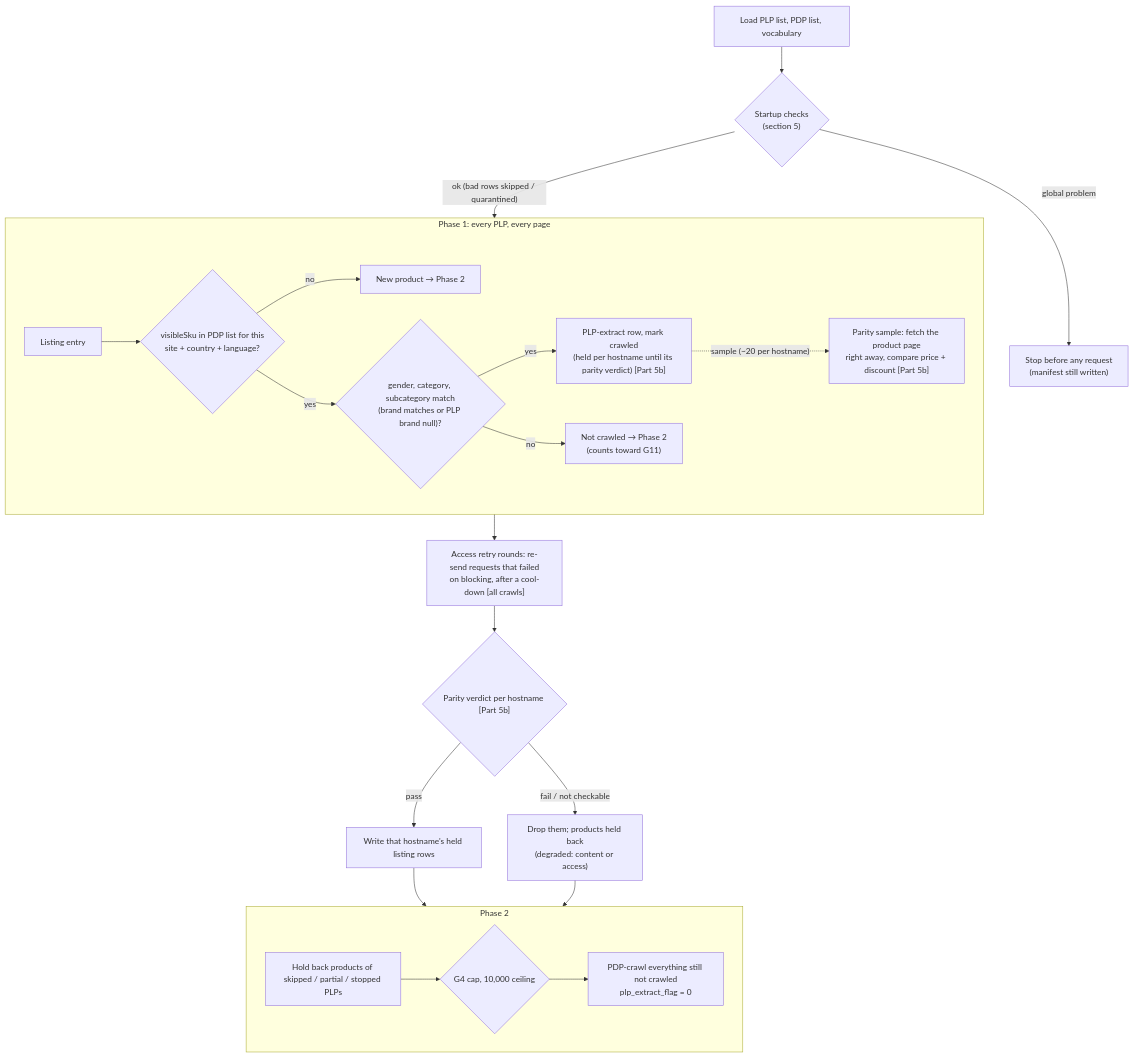
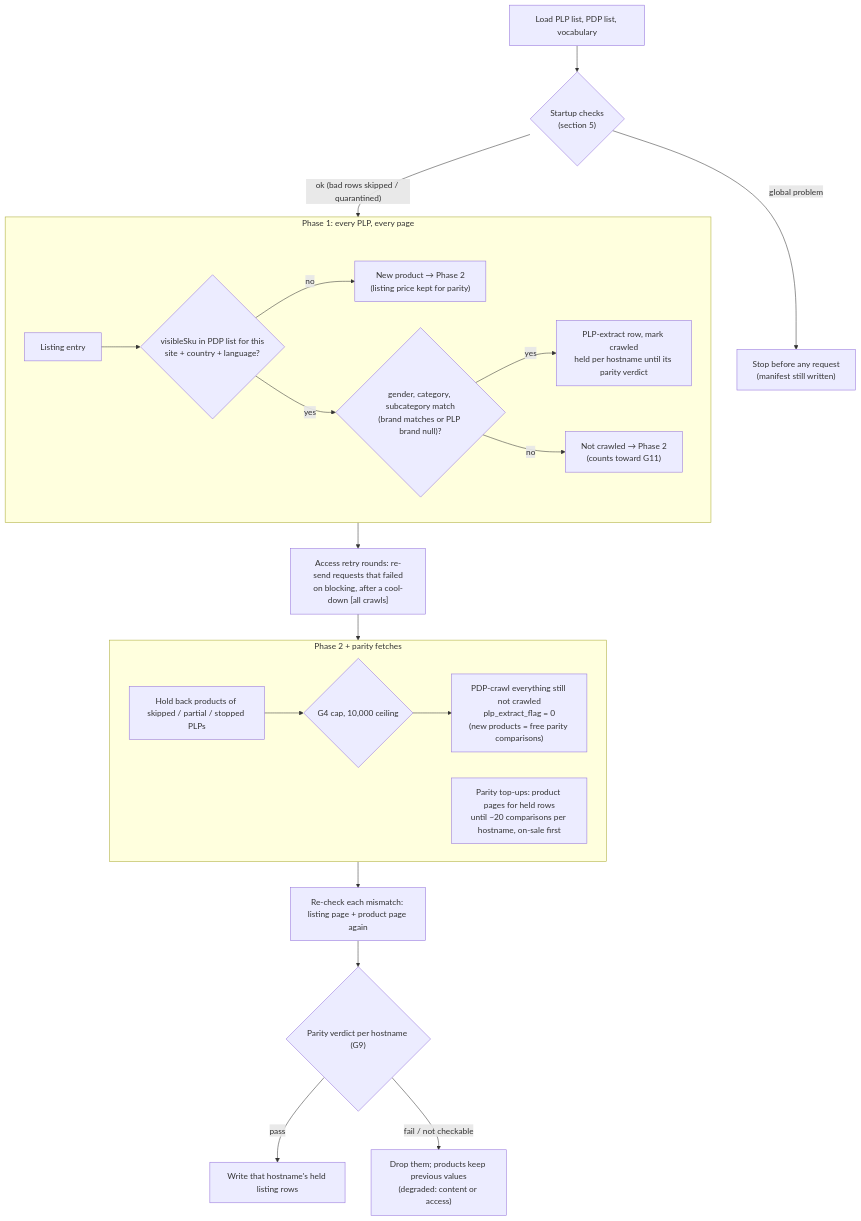
One commit to tareklel/ecommerce-scraper changed the diagram in docs/ounass_plp_efficient_crawl.md. Above: the diagram before and after it, drawn with Mermaid. The commit also changed other lines of this file and 9 other files, not shown here.

First line of the commit message:
feat: PLP-efficient parity check (G9), new products first

````diff
--- a/docs/ounass_plp_efficient_crawl.md
+++ b/docs/ounass_plp_efficient_crawl.md
@@ -124,27 +125,28 @@
 ```mermaid
 flowchart TD
     inputs["Load PLP list, PDP list, vocabulary"] --> checks{"Startup checks<br/>(section 5)"}
     checks -- "global problem" --> stop["Stop before any request<br/>(manifest still written)"]
     checks -- "ok (bad rows skipped / quarantined)" --> p1
 
     subgraph p1 ["Phase 1: every PLP, every page"]
         hit["Listing entry"] --> known{"visibleSku in PDP list for this<br/>site + country + language?"}
-        known -- no --> new["New product → Phase 2"]
+        known -- no --> new["New product → Phase 2<br/>(listing price kept for parity)"]
         known -- yes --> fields{"gender, category, subcategory match<br/>(brand matches or PLP brand null)?"}
-        fields -- yes --> row["PLP-extract row, mark crawled<br/>(held per hostname until its parity verdict) [Part 5b]"]
+        fields -- yes --> row["PLP-extract row, mark crawled<br/>held per hostname until its parity verdict"]
         fields -- no --> mismatch["Not crawled → Phase 2<br/>(counts toward G11)"]
-        row -. "sample (~20 per hostname)" .-> parity["Parity sample: fetch the product page<br/>right away, compare price + discount [Part 5b]"]
     end
 
     p1 --> retry["Access retry rounds: re-send requests that failed<br/>on blocking, after a cool-down [all crawls]"]
-    retry --> verdict{"Parity verdict per hostname [Part 5b]"}
+    retry --> p2
+
+    subgraph p2 ["Phase 2 + parity fetches"]
+        hold["Hold back products of skipped / partial / stopped PLPs"] --> caps{"G4 cap, 10,000 ceiling"}
+        caps --> crawl["PDP-crawl everything still not crawled<br/>plp_extract_flag = 0<br/>(new products = free parity comparisons)"]
+        topup["Parity top-ups: product pages for held rows<br/>until ~20 comparisons per hostname, on-sale first"]
+    end
+
+    p2 --> recheck["Re-check each mismatch: listing page + product page again"]
+    recheck --> verdict{"Parity verdict per hostname (G9)"}
     verdict -- "pass" --> release["Write that hostname's held listing rows"]
-    verdict -- "fail / not checkable" --> drop["Drop them; products held back<br/>(degraded: content or access)"]
-    release --> p2
-    drop --> p2
-
-    subgraph p2 ["Phase 2"]
-        hold["Hold back products of skipped / partial / stopped PLPs"] --> caps{"G4 cap, 10,000 ceiling"}
-        caps --> crawl["PDP-crawl everything still not crawled<br/>plp_extract_flag = 0"]
-    end
+    verdict -- "fail / not checkable" --> drop["Drop them; products keep previous values<br/>(degraded: content or access)"]
 ```
````
